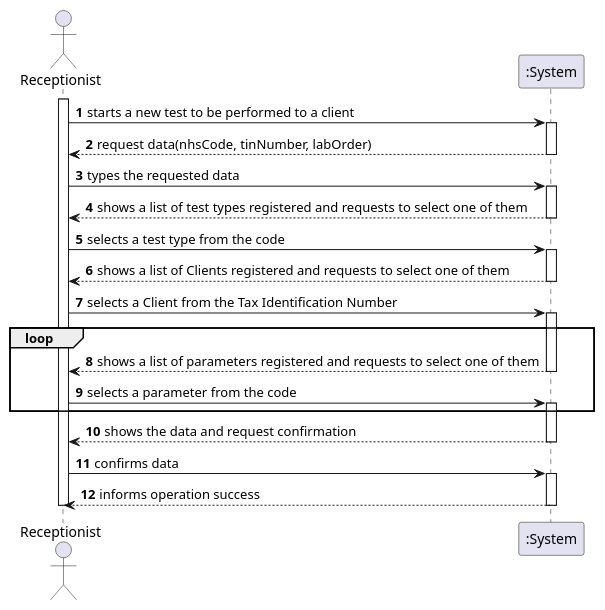
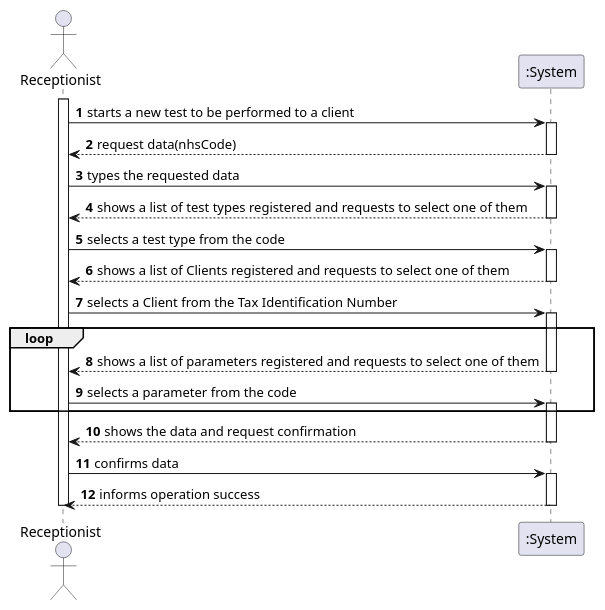
The diagram in docs/SprintC/US4_RegisterTest/US004_SSD.puml (Pedromaia26/LAPR2-ISEP), drawn with PlantUML before and after one commit.

Commit message:
US004 System Sequence Diagram Final Update

```diff
--- a/docs/SprintC/US4_RegisterTest/US004_SSD.puml
+++ b/docs/SprintC/US4_RegisterTest/US004_SSD.puml
@@ -1,36 +1,36 @@
 @startuml
 actor Receptionist as Adm
 participant ":System" as System
 
 autonumber
 activate Adm
 Adm -> System: starts a new test to be performed to a client
 activate System
-System --> Adm: request data(nhsCode, tinNumber, labOrder)
+System --> Adm: request data(nhsCode)
 deactivate System
 Adm -> System: types the requested data
 activate System
 System --> Adm: shows a list of test types registered and requests to select one of them
 deactivate System
 Adm -> System: selects a test type from the code
 activate System
 System --> Adm: shows a list of Clients registered and requests to select one of them
 deactivate System
 Adm -> System: selects a Client from the Tax Identification Number
 loop
 activate System
 System --> Adm: shows a list of parameters registered and requests to select one of them
 deactivate System
 Adm -> System: selects a parameter from the code
 activate System
 end
 
 System --> Adm: shows the data and request confirmation
 deactivate System
 Adm -> System: confirms data
 activate System
 System --> Adm: informs operation success
 deactivate System
 
 deactivate Adm
 @enduml
```
